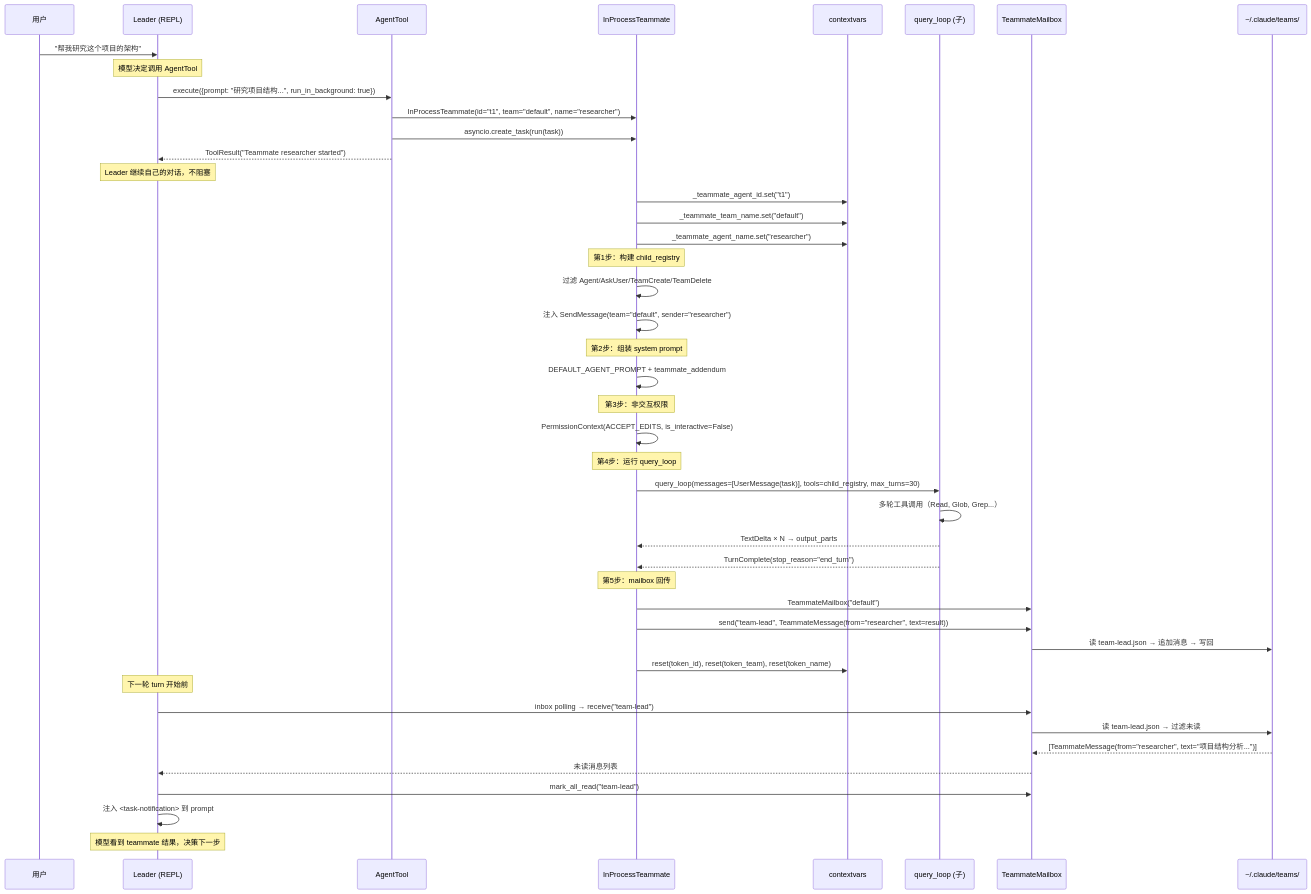
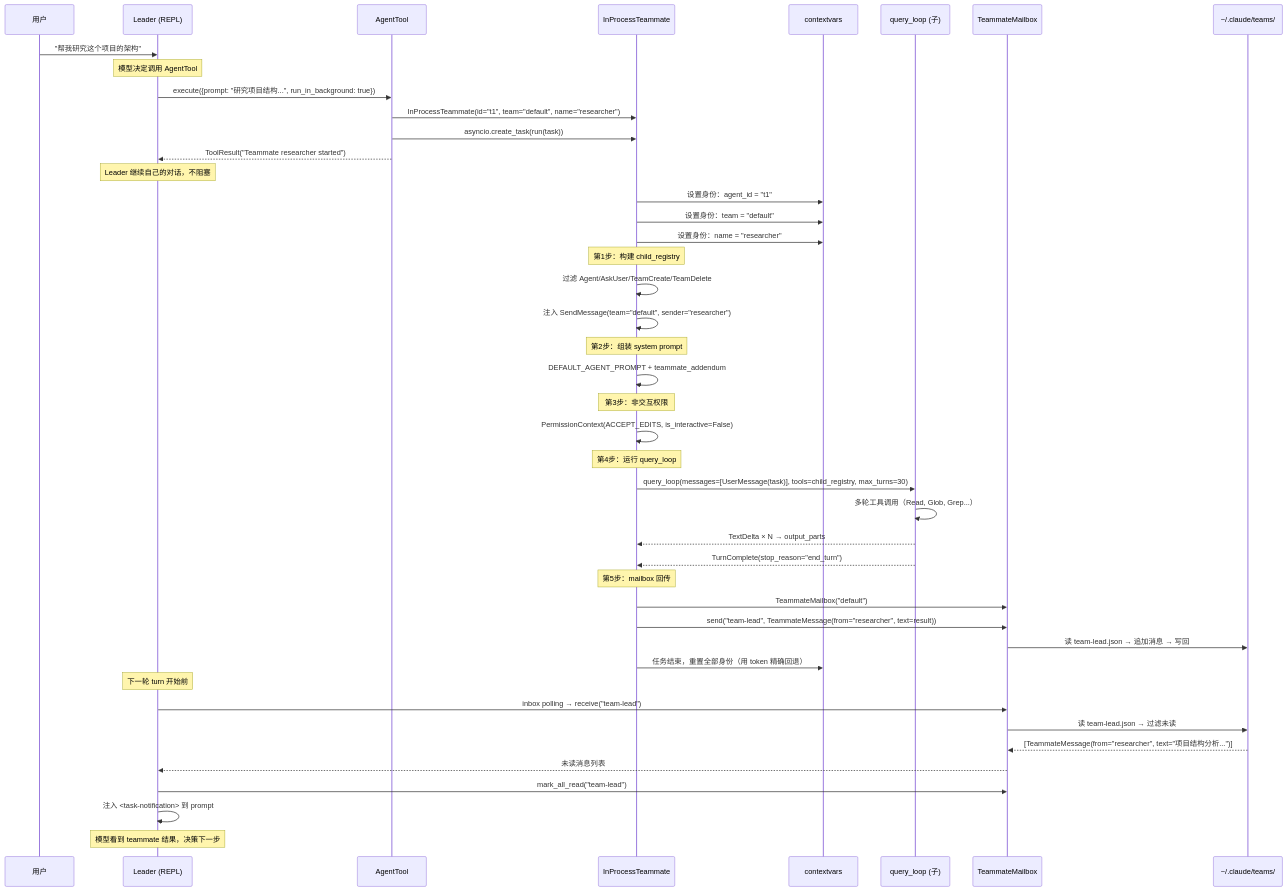
Before and after one commit to MKEy777/agent: the second of 2 diagrams in docs/claudecode/07-subagents.md, drawn with Mermaid. The commit also changed 20 other files, not shown here.

````diff
--- a/docs/claudecode/07-subagents.md
+++ b/docs/claudecode/07-subagents.md
@@ -47,56 +47,56 @@
 ```mermaid
 sequenceDiagram
     participant USER as 用户
     participant LEADER as Leader (REPL)
     participant AT as AgentTool
     participant IPT as InProcessTeammate
     participant CV as contextvars
     participant QL2 as query_loop (子)
     participant MB as TeammateMailbox
     participant FS as ~/.claude/teams/
 
     USER->>LEADER: "帮我研究这个项目的架构"
     Note over LEADER: 模型决定调用 AgentTool
 
     LEADER->>AT: execute({prompt: "研究项目结构...", run_in_background: true})
     AT->>IPT: InProcessTeammate(id="t1", team="default", name="researcher")
     AT->>IPT: asyncio.create_task(run(task))
     AT-->>LEADER: ToolResult("Teammate researcher started")
     Note over LEADER: Leader 继续自己的对话，不阻塞
 
-    IPT->>CV: _teammate_agent_id.set("t1")
-    IPT->>CV: _teammate_team_name.set("default")
-    IPT->>CV: _teammate_agent_name.set("researcher")
+    IPT->>CV: 设置身份：agent_id = "t1"
+    IPT->>CV: 设置身份：team = "default"
+    IPT->>CV: 设置身份：name = "researcher"
 
     Note over IPT: 第1步：构建 child_registry
     IPT->>IPT: 过滤 Agent/AskUser/TeamCreate/TeamDelete
     IPT->>IPT: 注入 SendMessage(team="default", sender="researcher")
 
     Note over IPT: 第2步：组装 system prompt
     IPT->>IPT: DEFAULT_AGENT_PROMPT + teammate_addendum
 
     Note over IPT: 第3步：非交互权限
     IPT->>IPT: PermissionContext(ACCEPT_EDITS, is_interactive=False)
 
     Note over IPT: 第4步：运行 query_loop
     IPT->>QL2: query_loop(messages=[UserMessage(task)], tools=child_registry, max_turns=30)
     QL2->>QL2: 多轮工具调用（Read, Glob, Grep...）
     QL2-->>IPT: TextDelta × N → output_parts
     QL2-->>IPT: TurnComplete(stop_reason="end_turn")
 
     Note over IPT: 第5步：mailbox 回传
     IPT->>MB: TeammateMailbox("default")
     IPT->>MB: send("team-lead", TeammateMessage(from="researcher", text=result))
     MB->>FS: 读 team-lead.json → 追加消息 → 写回
 
-    IPT->>CV: reset(token_id), reset(token_team), reset(token_name)
+    IPT->>CV: 任务结束，重置全部身份（用 token 精确回退）
 
     Note over LEADER: 下一轮 turn 开始前
     LEADER->>MB: inbox polling → receive("team-lead")
     MB->>FS: 读 team-lead.json → 过滤未读
     FS-->>MB: [TeammateMessage(from="researcher", text="项目结构分析...")]
     MB-->>LEADER: 未读消息列表
     LEADER->>MB: mark_all_read("team-lead")
     LEADER->>LEADER: 注入 <task-notification> 到 prompt
     Note over LEADER: 模型看到 teammate 结果，决策下一步
 ```
````
